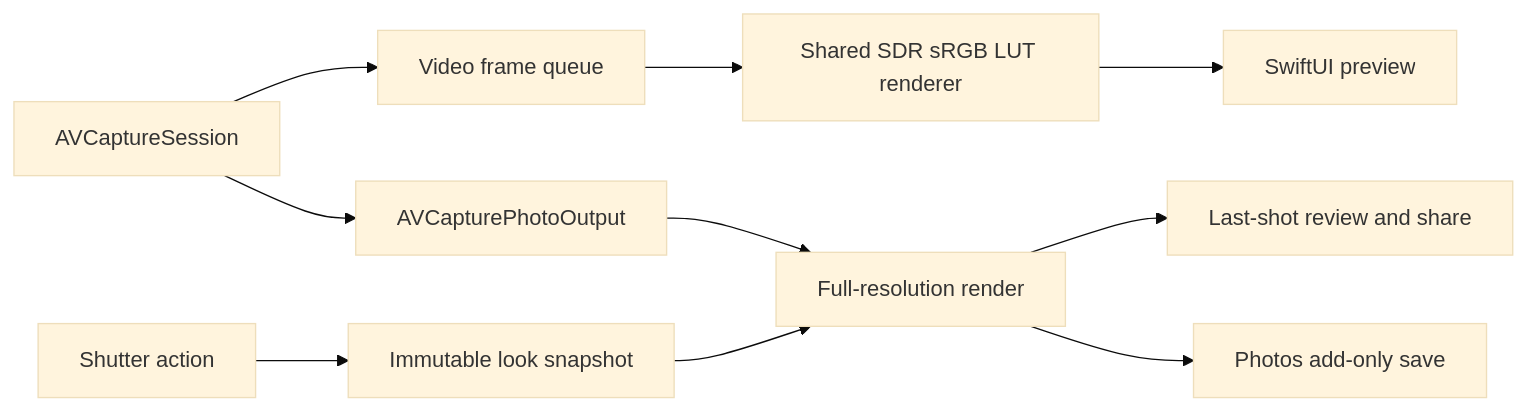
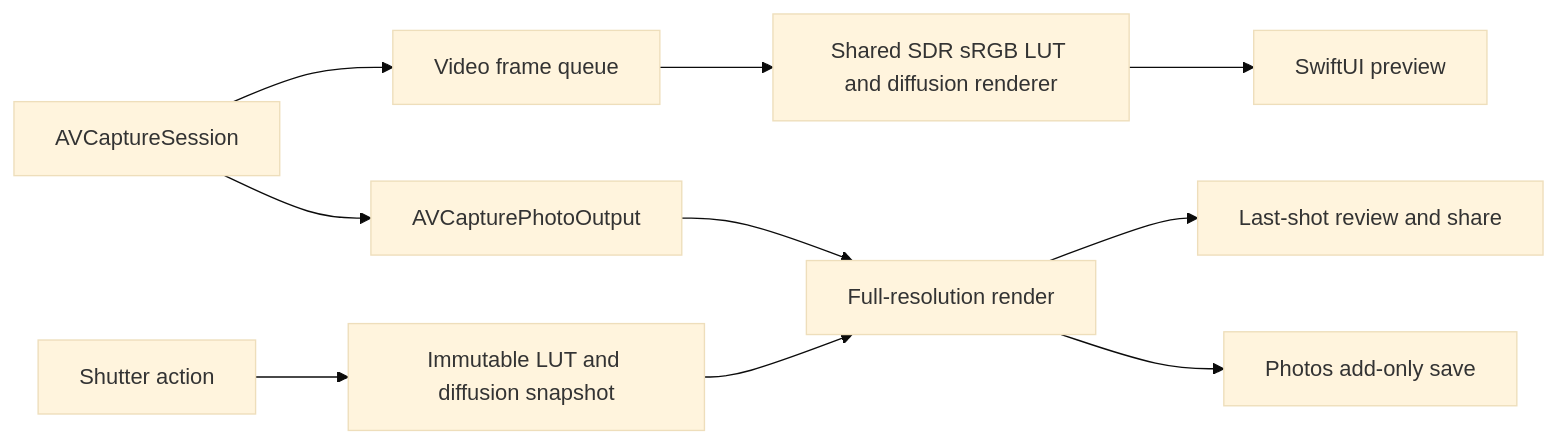
The diagram in docs/architecture/native-ios.md (yangzhloop/film-lut-camera), drawn with Mermaid (base theme) before and after one commit. The commit also changed other lines of this file and 21 other files, not shown here.

````diff
--- a/docs/architecture/native-ios.md
+++ b/docs/architecture/native-ios.md
@@ -19,12 +19,12 @@
 ```mermaid
 flowchart LR
     Camera[AVCaptureSession] --> Frames[Video frame queue]
-    Frames --> Preview[Shared SDR sRGB LUT renderer]
+    Frames --> Preview[Shared SDR sRGB LUT and diffusion renderer]
     Preview --> UI[SwiftUI preview]
-    Shutter[Shutter action] --> Recipe[Immutable look snapshot]
+    Shutter[Shutter action] --> Recipe[Immutable LUT and diffusion snapshot]
     Camera --> Photo[AVCapturePhotoOutput]
     Photo --> Capture[Full-resolution render]
     Recipe --> Capture
     Capture --> Review[Last-shot review and share]
     Capture --> Photos[Photos add-only save]
 ```
````
